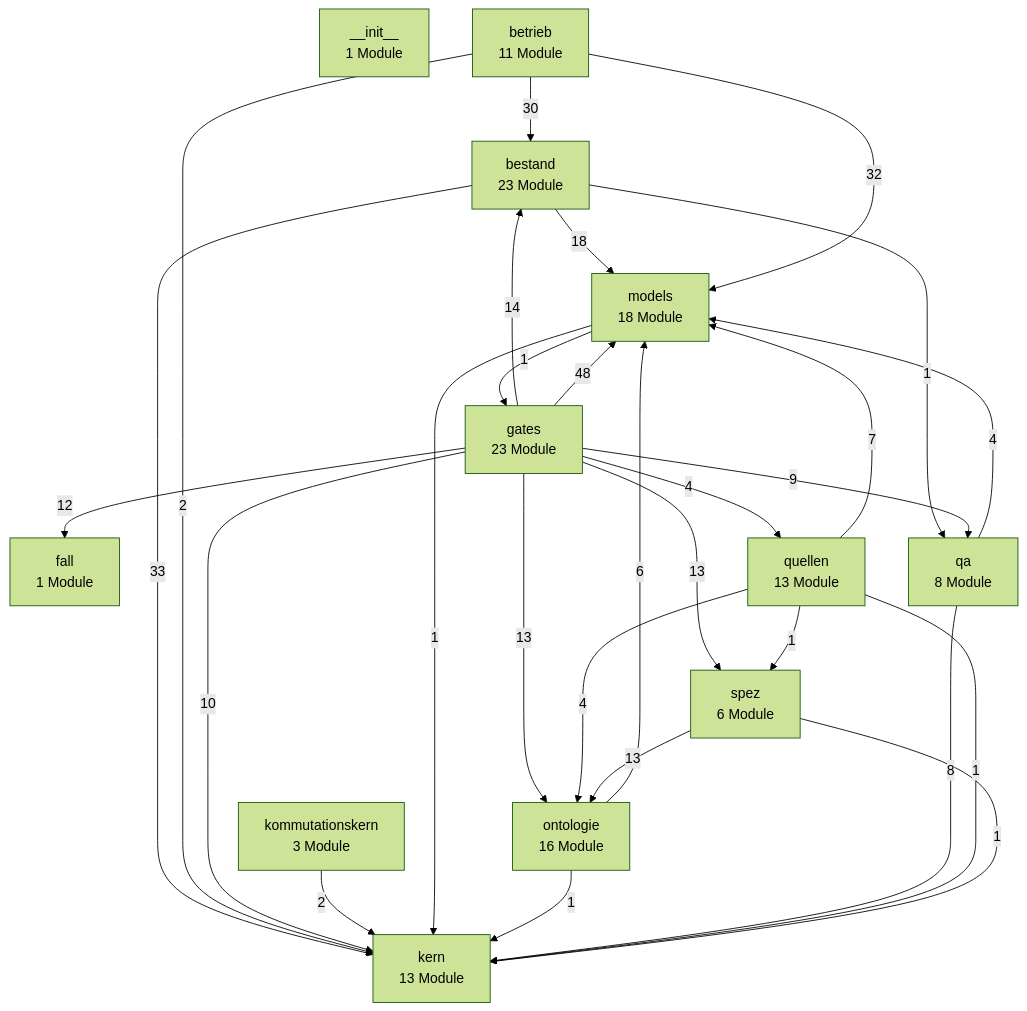
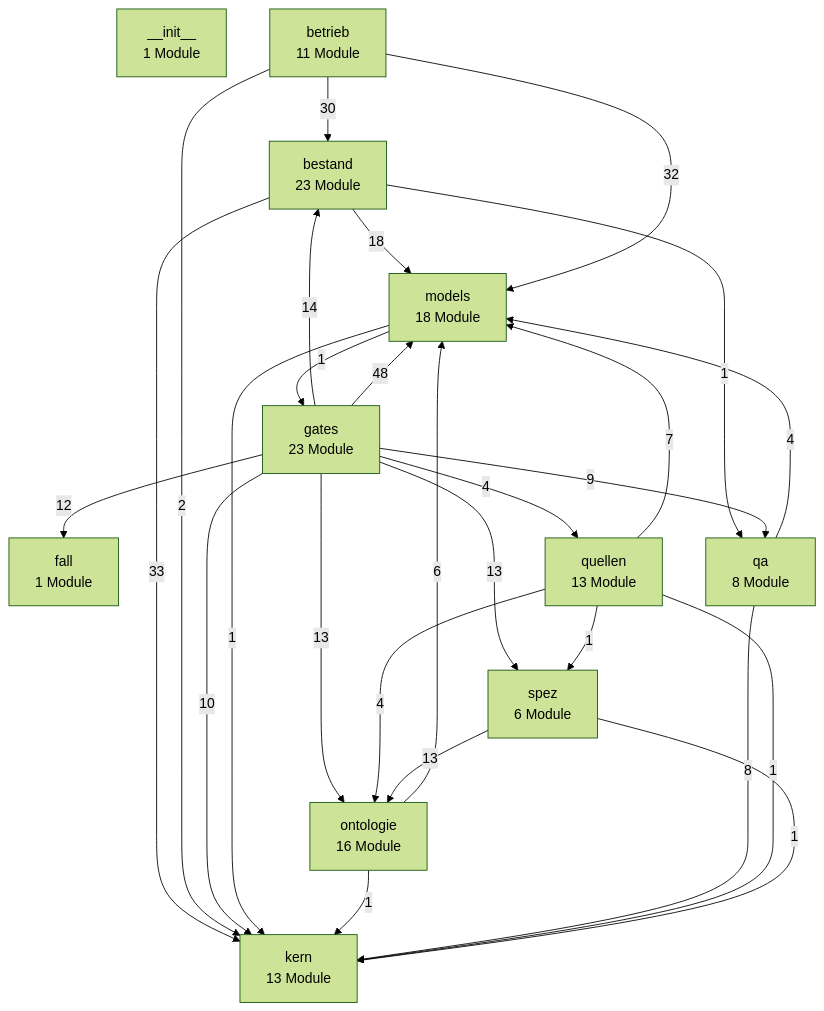
The first of 3 diagrams in docs/architektur/landkarte.md (bartlmac/rechner-pipeline), drawn with Mermaid (forest theme) before and after one commit. The commit also changed other lines of this file and 17 other files, not shown here.

````diff
--- a/docs/architektur/landkarte.md
+++ b/docs/architektur/landkarte.md
@@ -27,43 +27,41 @@
 ```mermaid
 %% Schichten — erzeugt von ontologie.landkarte
 flowchart TD
     n__init__["__init__<br/>1 Module"]
     bestand["bestand<br/>23 Module"]
     betrieb["betrieb<br/>11 Module"]
     fall["fall<br/>1 Module"]
     gates["gates<br/>23 Module"]
     kern["kern<br/>13 Module"]
-    kommutationskern["kommutationskern<br/>3 Module"]
     models["models<br/>18 Module"]
     ontologie["ontologie<br/>16 Module"]
     qa["qa<br/>8 Module"]
     quellen["quellen<br/>13 Module"]
     spez["spez<br/>6 Module"]
     bestand -- 33 --> kern
     bestand -- 18 --> models
     bestand -- 1 --> qa
     betrieb -- 30 --> bestand
     betrieb -- 2 --> kern
     betrieb -- 32 --> models
     gates -- 14 --> bestand
     gates -- 12 --> fall
     gates -- 10 --> kern
     gates -- 48 --> models
     gates -- 13 --> ontologie
     gates -- 9 --> qa
     gates -- 4 --> quellen
     gates -- 13 --> spez
-    kommutationskern -- 2 --> kern
     models -- 1 --> gates
     models -- 1 --> kern
     ontologie -- 1 --> kern
     ontologie -- 6 --> models
     qa -- 8 --> kern
     qa -- 4 --> models
     quellen -- 1 --> kern
     quellen -- 7 --> models
     quellen -- 4 --> ontologie
     quellen -- 1 --> spez
     spez -- 1 --> kern
     spez -- 13 --> ontologie
 ```
````
